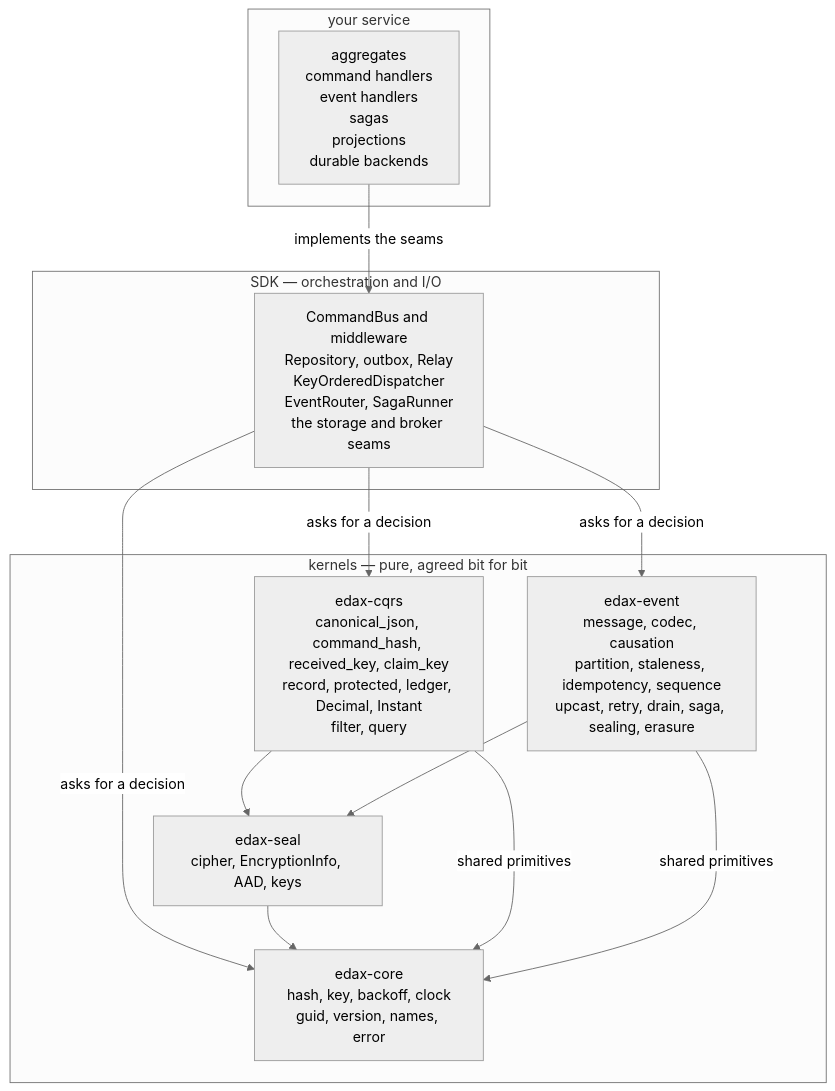
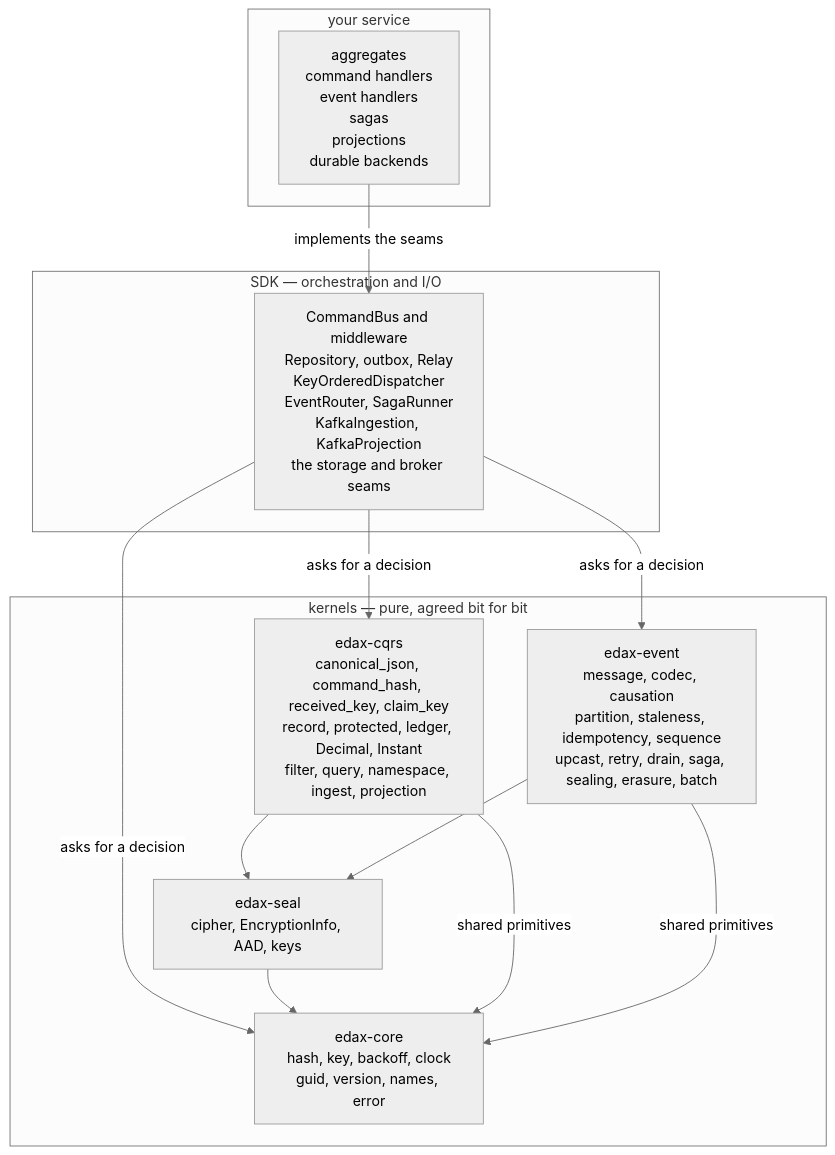
One commit to haskian/edax changed the first of 4 diagrams in docs/architecture.md. Above: the diagram before and after it, drawn with Mermaid (neutral theme). The commit also changed other lines of this file and 136 other files, not shown here.

First line of the commit message:
feat: add Kafka microbatch ingestion and projection processing

````diff
--- a/docs/architecture.md
+++ b/docs/architecture.md
@@ -9,27 +9,27 @@
 ```mermaid
 flowchart TB
     subgraph app["your service"]
         A["aggregates<br/>command handlers<br/>event handlers<br/>sagas<br/>projections<br/>durable backends"]
     end
 
     subgraph sdk["SDK — orchestration and I/O"]
-        B["CommandBus and middleware<br/>Repository, outbox, Relay<br/>KeyOrderedDispatcher<br/>EventRouter, SagaRunner<br/>the storage and broker seams"]
+        B["CommandBus and middleware<br/>Repository, outbox, Relay<br/>KeyOrderedDispatcher<br/>EventRouter, SagaRunner<br/>KafkaIngestion, KafkaProjection<br/>the storage and broker seams"]
     end
 
     subgraph kernels["kernels — pure, agreed bit for bit"]
-        C["edax-cqrs<br/>canonical_json, command_hash, received_key, claim_key<br/>record, protected, ledger, Decimal, Instant<br/>filter, query"]
-        D["edax-event<br/>message, codec, causation<br/>partition, staleness, idempotency, sequence<br/>upcast, retry, drain, saga, sealing, erasure"]
+        C["edax-cqrs<br/>canonical_json, command_hash, received_key, claim_key<br/>record, protected, ledger, Decimal, Instant<br/>filter, query, namespace, ingest, projection"]
+        D["edax-event<br/>message, codec, causation<br/>partition, staleness, idempotency, sequence<br/>upcast, retry, drain, saga, sealing, erasure, batch"]
         S["edax-seal<br/>cipher, EncryptionInfo, AAD, keys"]
         E["edax-core<br/>hash, key, backoff, clock<br/>guid, version, names, error"]
     end
 
     A -->|"implements the seams"| B
     B -->|"asks for a decision"| C
     B -->|"asks for a decision"| D
     B -->|"asks for a decision"| E
     C --> S
     D --> S
     S --> E
     C -->|"shared primitives"| E
     D -->|"shared primitives"| E
 ```
````
